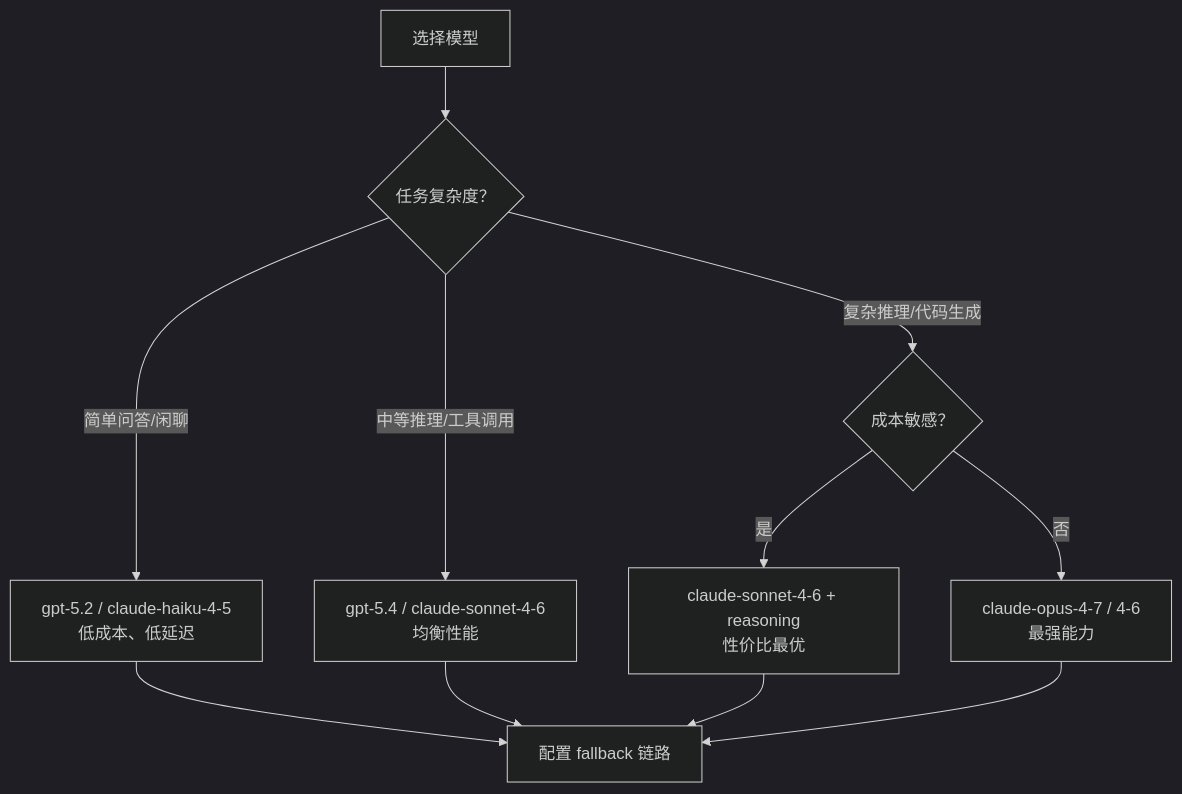
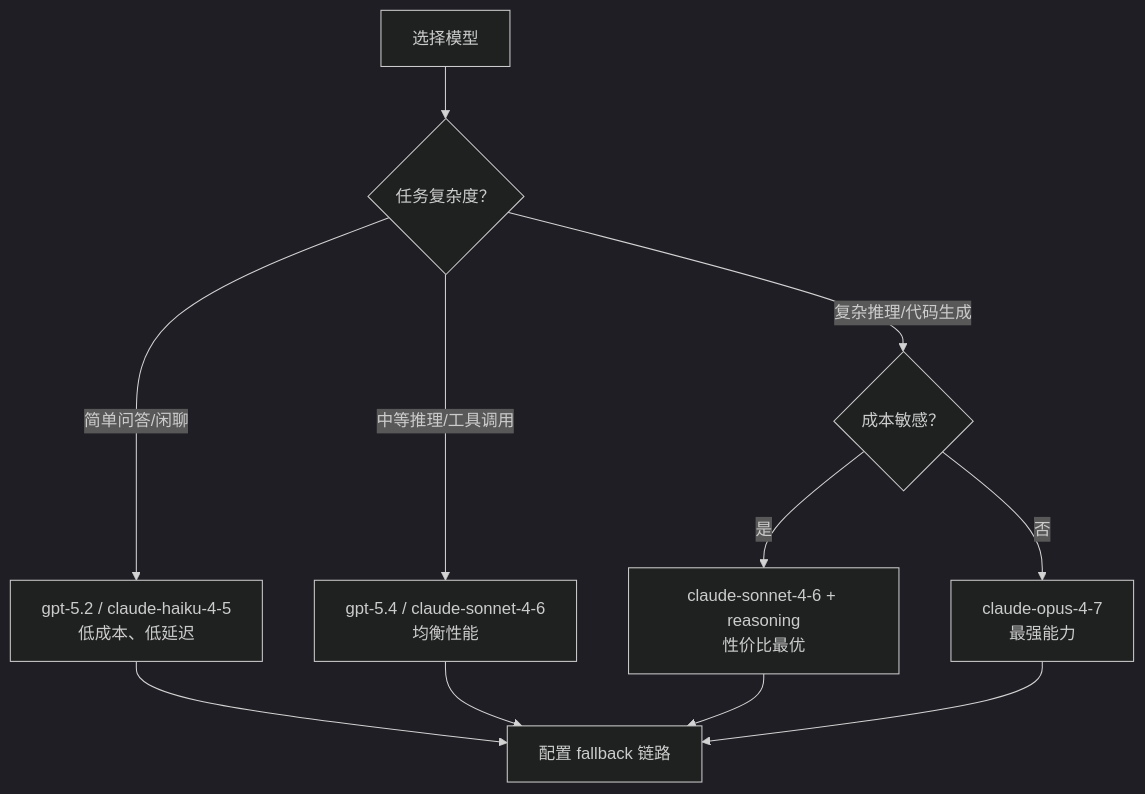
One commit to yeasy/openclaw_guide changed the diagram in 04_config_models/4.3_model_selection.md. Above: the diagram before and after it, drawn with Mermaid (dark theme). The commit also changed 2 other files, not shown here.

Commit message:
Add Opus 4.7 to model tables and flowchart

````diff
--- a/04_config_models/4.3_model_selection.md
+++ b/04_config_models/4.3_model_selection.md
@@ -30,13 +30,13 @@
 ```mermaid
 flowchart TD
     Start["选择模型"] --> Q1{"任务复杂度？"}
     Q1 -->|"简单问答/闲聊"| M1["gpt-5.2 / claude-haiku-4-5<br/>低成本、低延迟"]
     Q1 -->|"中等推理/工具调用"| M2["gpt-5.4 / claude-sonnet-4-6<br/>均衡性能"]
     Q1 -->|"复杂推理/代码生成"| Q2{"成本敏感？"}
     Q2 -->|"是"| M3["claude-sonnet-4-6 + reasoning<br/>性价比最优"]
-    Q2 -->|"否"| M4["claude-opus-4-7 / 4-6<br/>最强能力"]
+    Q2 -->|"否"| M4["claude-opus-4-7<br/>最强能力"]
     M1 --> FB["配置 fallback 链路"]
     M2 --> FB
     M3 --> FB
     M4 --> FB
 ```
````
